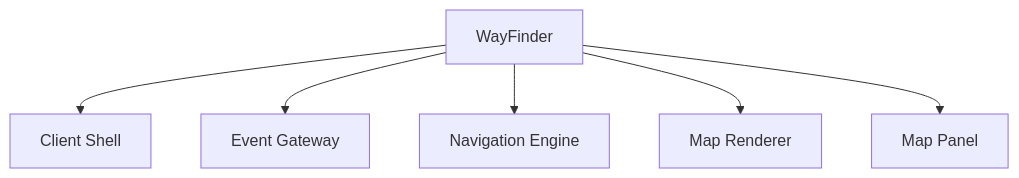
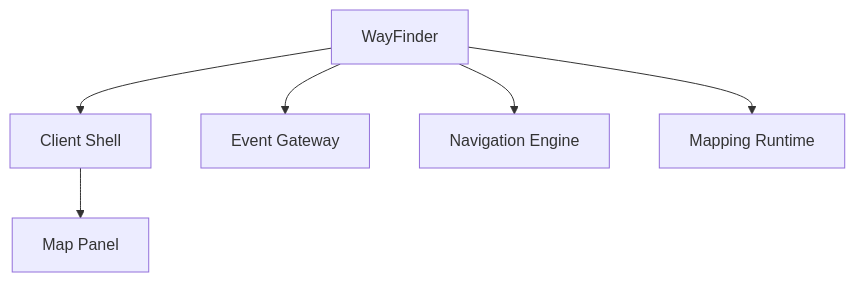
The second of 3 diagrams in README.md (Khorlane/WayFinder), drawn with Mermaid before and after one commit. The commit also changed other lines of this file and 2 other files, not shown here.

Commit message:
Standardize WayFinder Mapping Runtime terminology

````diff
--- a/README.md
+++ b/README.md
@@ -54,17 +54,17 @@
 ```mermaid
 flowchart TB
 
 WF[WayFinder]
 
 WCS[Client Shell]
 WEG[Event Gateway]
 WNE[Navigation Engine]
-WMR[Map Renderer]
+WMR[Mapping Runtime]
 WMP[Map Panel]
 
 WF --> WCS
 WF --> WEG
 WF --> WNE
 WF --> WMR
-WF --> WMP
+WCS --> WMP
 ```
````
